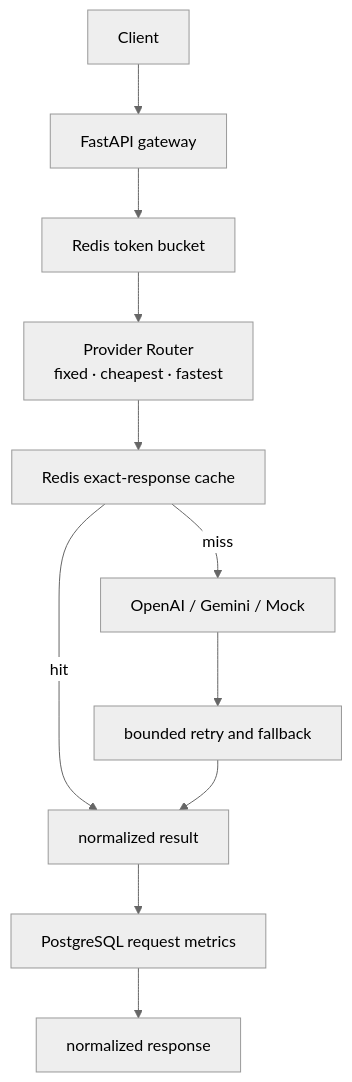
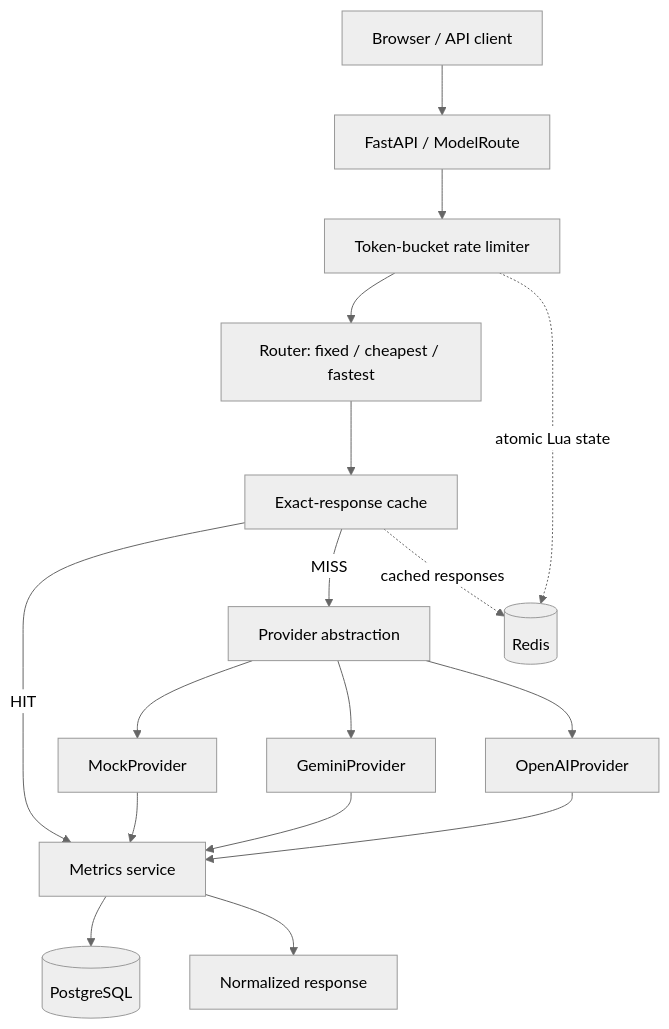
One commit to ayushgoel001/ModelRoute changed the diagram in README.md. Above: the diagram before and after it, drawn with Mermaid (neutral theme). The commit also changed other lines of this file and 3 other files, not shown here.

````diff
--- a/README.md
+++ b/README.md
@@ -9,13 +35,19 @@
 ```mermaid
 flowchart TD
-    Client --> API[FastAPI gateway]
-    API --> Limiter[Redis token bucket]
-    Limiter --> Router["Provider Router<br/>fixed · cheapest · fastest"]
-    Router --> Cache[Redis exact-response cache]
-    Cache -->|miss| Provider[OpenAI / Gemini / Mock]
-    Provider --> Retry[bounded retry and fallback]
-    Cache -->|hit| Result[normalized result]
-    Retry --> Result
-    Result --> Metrics[PostgreSQL request metrics]
-    Metrics --> Response[normalized response]
+    Client[Browser / API client] --> API[FastAPI / ModelRoute]
+    API --> Limiter[Token-bucket rate limiter]
+    Limiter --> Router[Router: fixed / cheapest / fastest]
+    Router --> Cache[Exact-response cache]
+    Cache -->|HIT| Metrics[Metrics service]
+    Cache -->|MISS| Providers[Provider abstraction]
+    Providers --> Mock[MockProvider]
+    Providers --> Gemini[GeminiProvider]
+    Providers --> OpenAI[OpenAIProvider]
+    Mock --> Metrics
+    Gemini --> Metrics
+    OpenAI --> Metrics
+    Metrics --> PostgreSQL[(PostgreSQL)]
+    Metrics --> Response[Normalized response]
+    Limiter -. atomic Lua state .-> Redis[(Redis)]
+    Cache -. cached responses .-> Redis
 ```
````
